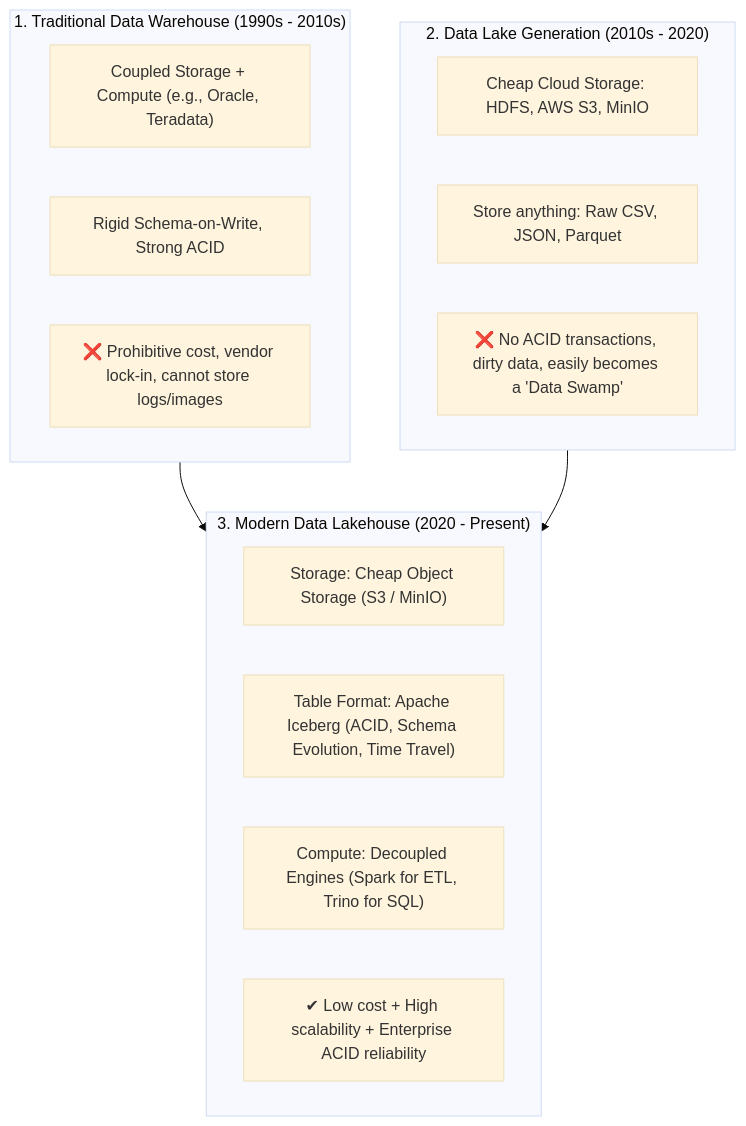
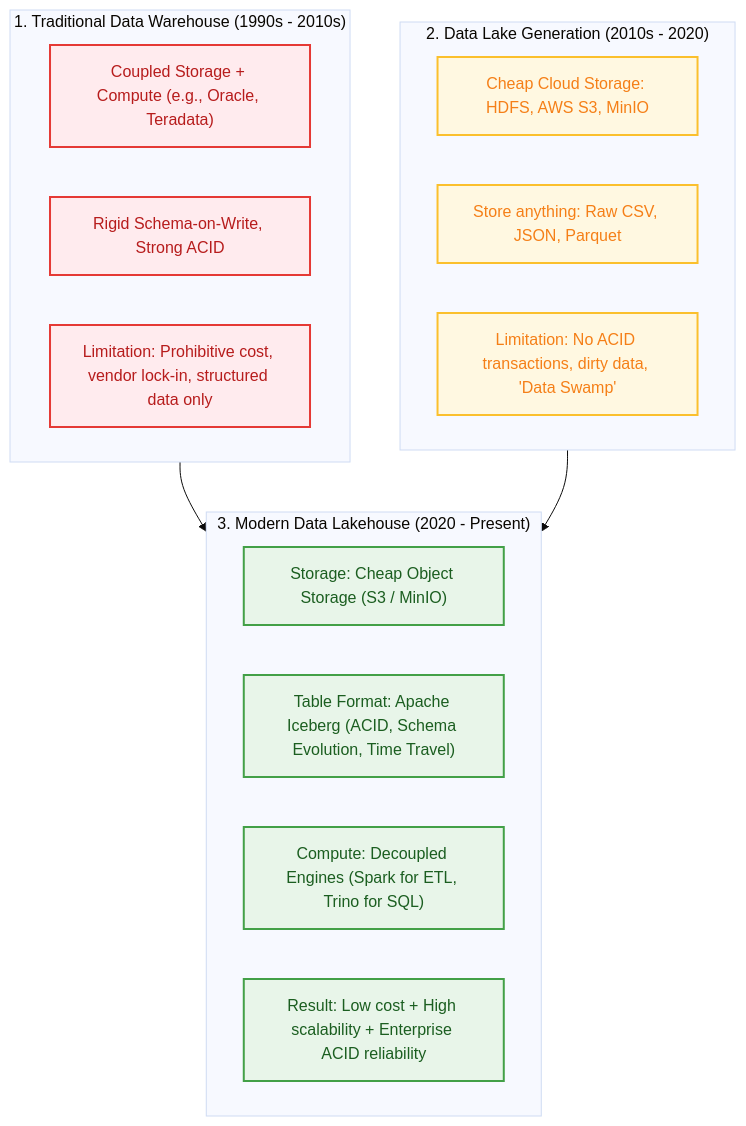
The first of 6 diagrams in docs/week01/01-data-lakehouse.md (vuanhtu1993/olist-lakehouse), drawn with Mermaid (base theme) before and after one commit. The commit also changed other lines of this file, not shown here.

Commit message:
docs: Refactor 01-data-lakehouse

````diff
--- a/docs/week01/01-data-lakehouse.md
+++ b/docs/week01/01-data-lakehouse.md
@@ -15,24 +15,32 @@
 ```mermaid
 graph TD
     subgraph Gen1 ["1. Traditional Data Warehouse (1990s - 2010s)"]
         DW1["Coupled Storage + Compute (e.g., Oracle, Teradata)"]
         DW2["Rigid Schema-on-Write, Strong ACID"]
-        DW3["❌ Prohibitive cost, vendor lock-in, cannot store logs/images"]
+        DW3["Limitation: Prohibitive cost, vendor lock-in, structured data only"]
     end
 
     subgraph Gen2 ["2. Data Lake Generation (2010s - 2020)"]
         DL1["Cheap Cloud Storage: HDFS, AWS S3, MinIO"]
         DL2["Store anything: Raw CSV, JSON, Parquet"]
-        DL3["❌ No ACID transactions, dirty data, easily becomes a 'Data Swamp'"]
+        DL3["Limitation: No ACID transactions, dirty data, 'Data Swamp'"]
     end
 
     subgraph Gen3 ["3. Modern Data Lakehouse (2020 - Present)"]
         LH1["Storage: Cheap Object Storage (S3 / MinIO)"]
         LH2["Table Format: Apache Iceberg (ACID, Schema Evolution, Time Travel)"]
         LH3["Compute: Decoupled Engines (Spark for ETL, Trino for SQL)"]
-        LH4["✔ Low cost + High scalability + Enterprise ACID reliability"]
+        LH4["Result: Low cost + High scalability + Enterprise ACID reliability"]
     end
 
     Gen1 --> Gen3
     Gen2 --> Gen3
+
+    classDef legacy fill:#ffebee,stroke:#e53935,stroke-width:2px,color:#b71c1c;
+    classDef intermediate fill:#fff8e1,stroke:#fbc02d,stroke-width:2px,color:#f57f17;
+    classDef modern fill:#e8f5e9,stroke:#43a047,stroke-width:2px,color:#1b5e20;
+
+    class DW1,DW2,DW3 legacy;
+    class DL1,DL2,DL3 intermediate;
+    class LH1,LH2,LH3,LH4 modern;
 ```
````
